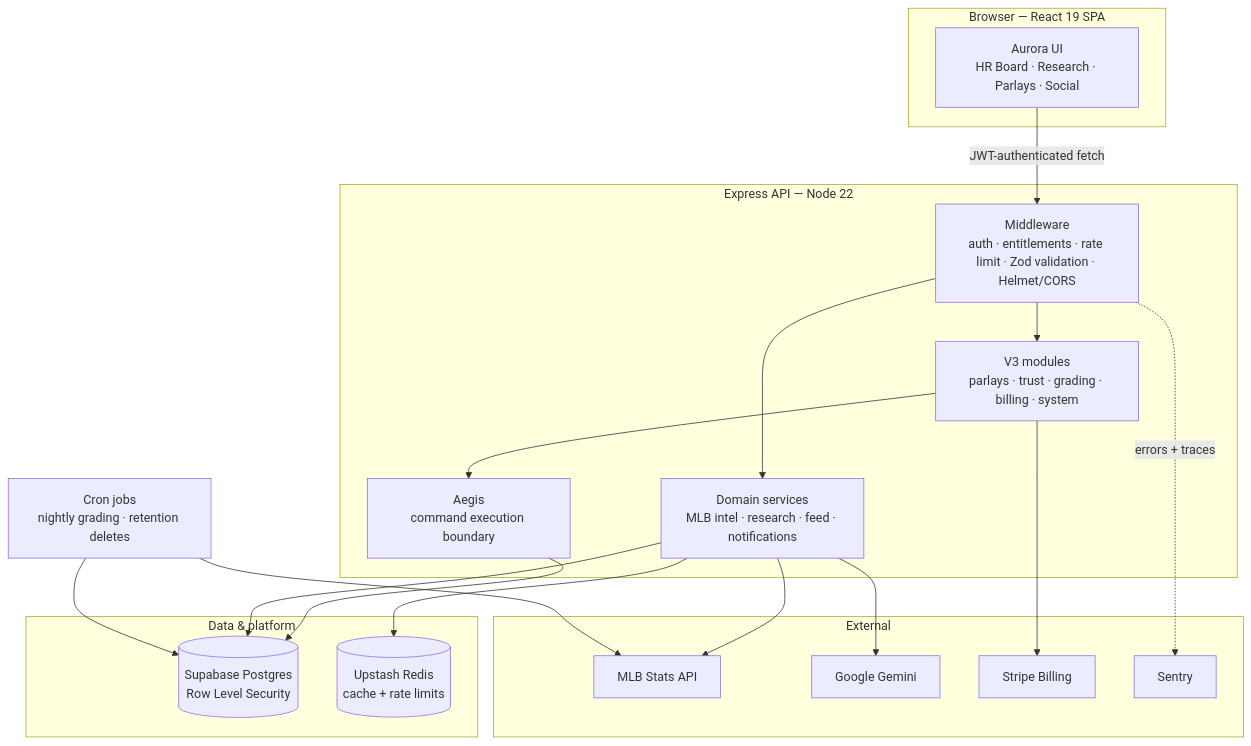
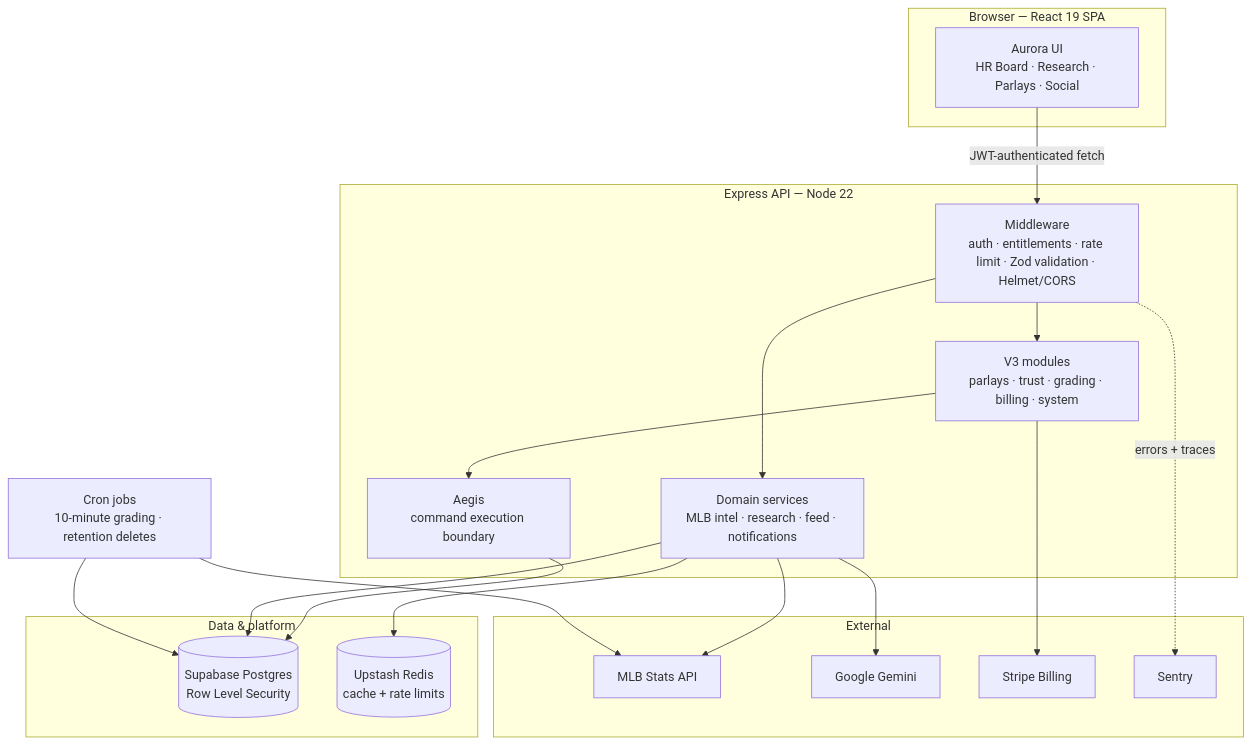
One commit to Zhavior/vouchres changed the diagram in README.md. Above: the diagram before and after it, drawn with Mermaid. The commit also changed other lines of this file and 31 other files, not shown here.

````diff
--- a/README.md
+++ b/README.md
@@ -53,40 +53,40 @@
 ```mermaid
 flowchart TB
     subgraph client["Browser — React 19 SPA"]
         UI["Aurora UI<br/>HR Board · Research · Parlays · Social"]
     end
 
     subgraph edge["Express API — Node 22"]
         MW["Middleware<br/>auth · entitlements · rate limit · Zod validation · Helmet/CORS"]
         V3["V3 modules<br/>parlays · trust · grading · billing · system"]
         AEGIS["Aegis<br/>command execution boundary"]
         LEGACY["Domain services<br/>MLB intel · research · feed · notifications"]
     end
 
     subgraph data["Data & platform"]
         PG[("Supabase Postgres<br/>Row Level Security")]
         REDIS[("Upstash Redis<br/>cache + rate limits")]
     end
 
     subgraph ext["External"]
         MLB["MLB Stats API"]
         GEMINI["Google Gemini"]
         STRIPE["Stripe Billing"]
         SENTRY["Sentry"]
     end
 
-    CRON["Cron jobs<br/>nightly grading · retention deletes"]
+    CRON["Cron jobs<br/>10-minute grading · retention deletes"]
 
     UI -->|"JWT-authenticated fetch"| MW
     MW --> V3 --> AEGIS
     MW --> LEGACY
     AEGIS --> PG
     LEGACY --> PG
     LEGACY --> REDIS
     LEGACY --> MLB
     LEGACY --> GEMINI
     V3 --> STRIPE
     CRON --> PG
     CRON --> MLB
     MW -.->|"errors + traces"| SENTRY
 ```
````
